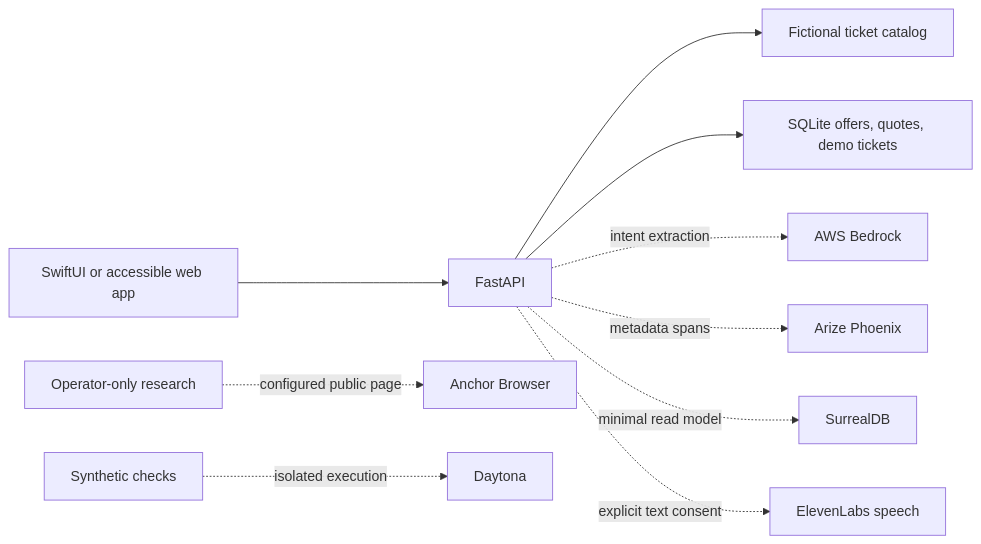
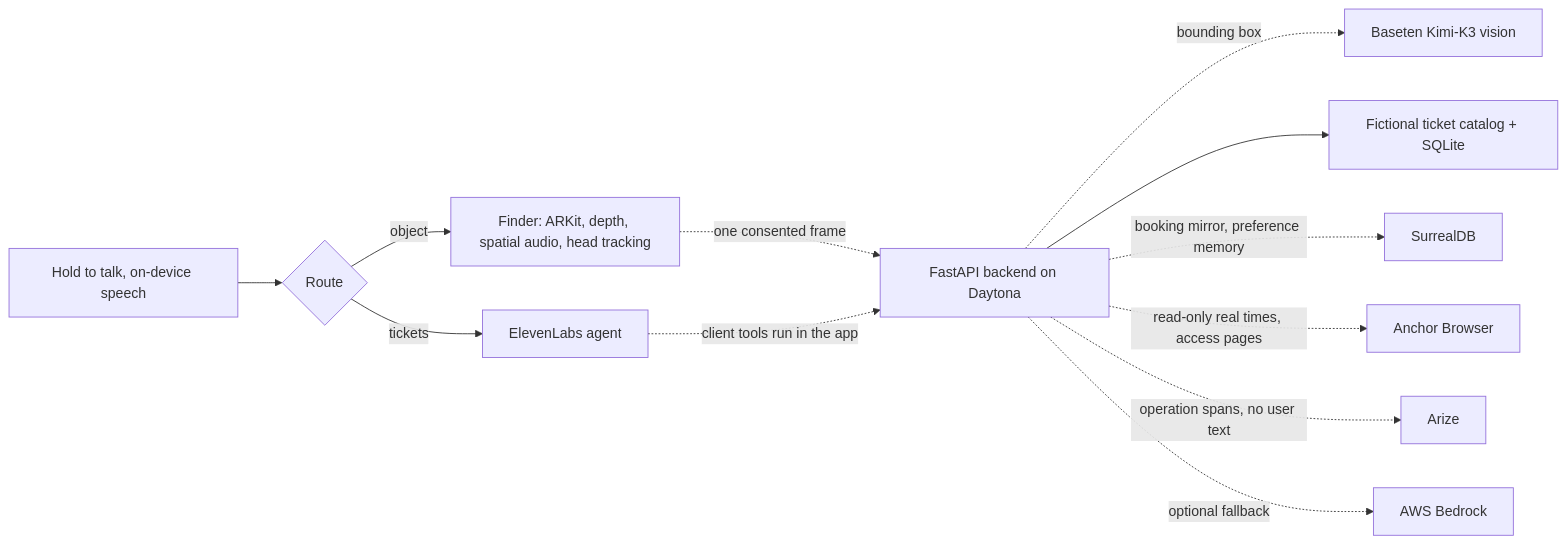
The diagram in docs/ARCHITECTURE.md (7dracoder/Faith), drawn with Mermaid before and after one commit. The commit also changed other lines of this file and 139 other files, not shown here.

First line of the commit message:
Make Faith a blind-first iPhone app with a voice booking agent

````diff
--- a/docs/ARCHITECTURE.md
+++ b/docs/ARCHITECTURE.md
@@ -5,12 +5,14 @@
 ```mermaid
 flowchart LR
-    A[SwiftUI or accessible web app] --> B[FastAPI]
-    B --> C[Fictional ticket catalog]
-    B --> D[SQLite offers, quotes, demo tickets]
-    B -. intent extraction .-> E[AWS Bedrock]
-    B -. metadata spans .-> F[Arize Phoenix]
-    B -. minimal read model .-> G[SurrealDB]
-    B -. explicit text consent .-> L[ElevenLabs speech]
-    H[Operator-only research] -. configured public page .-> I[Anchor Browser]
-    J[Synthetic checks] -. isolated execution .-> K[Daytona]
+    U[Hold to talk, on-device speech] --> R{Route}
+    R -- object --> F[Finder: ARKit, depth, spatial audio, head tracking]
+    F -. one consented frame .-> B[FastAPI backend on Daytona]
+    B -. bounding box .-> V[Baseten Kimi-K3 vision]
+    R -- tickets --> A[ElevenLabs agent]
+    A -. client tools run in the app .-> B
+    B --> C[Fictional ticket catalog + SQLite]
+    B -. booking mirror, preference memory .-> S[SurrealDB]
+    B -. read-only real times, access pages .-> N[Anchor Browser]
+    B -. operation spans, no user text .-> Z[Arize]
+    B -. optional fallback .-> W[AWS Bedrock]
 ```
````
